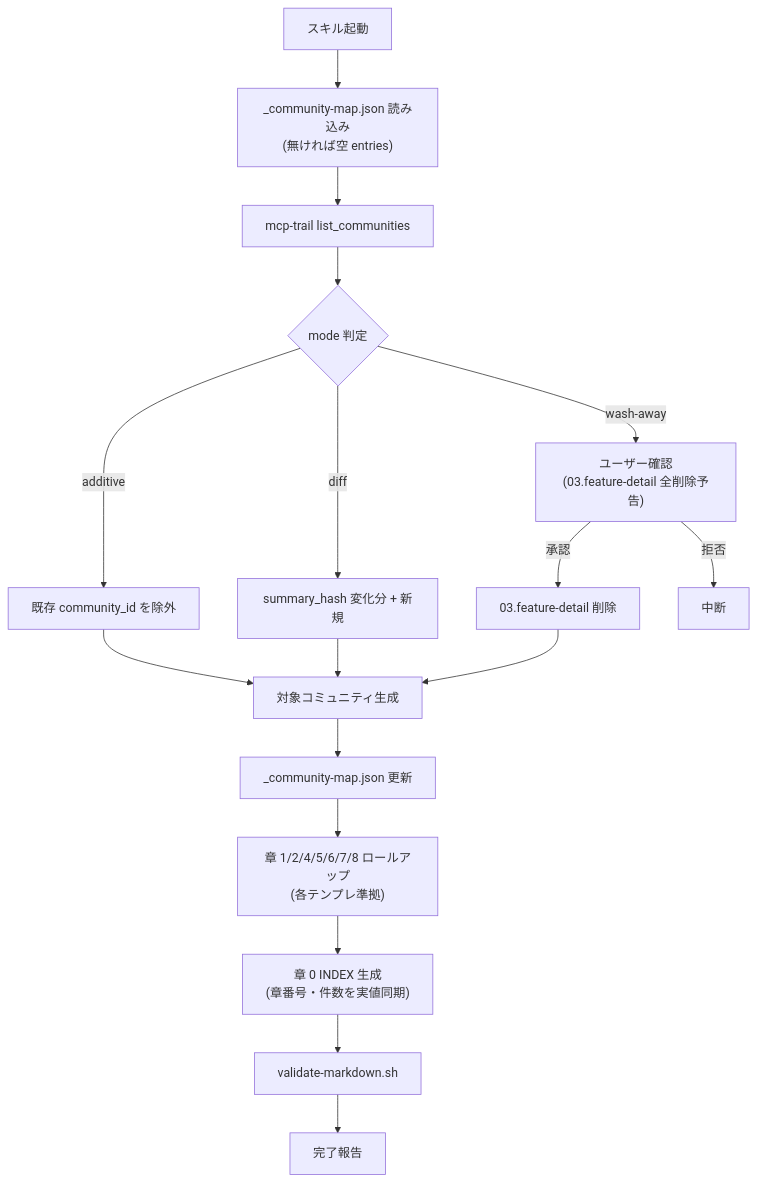
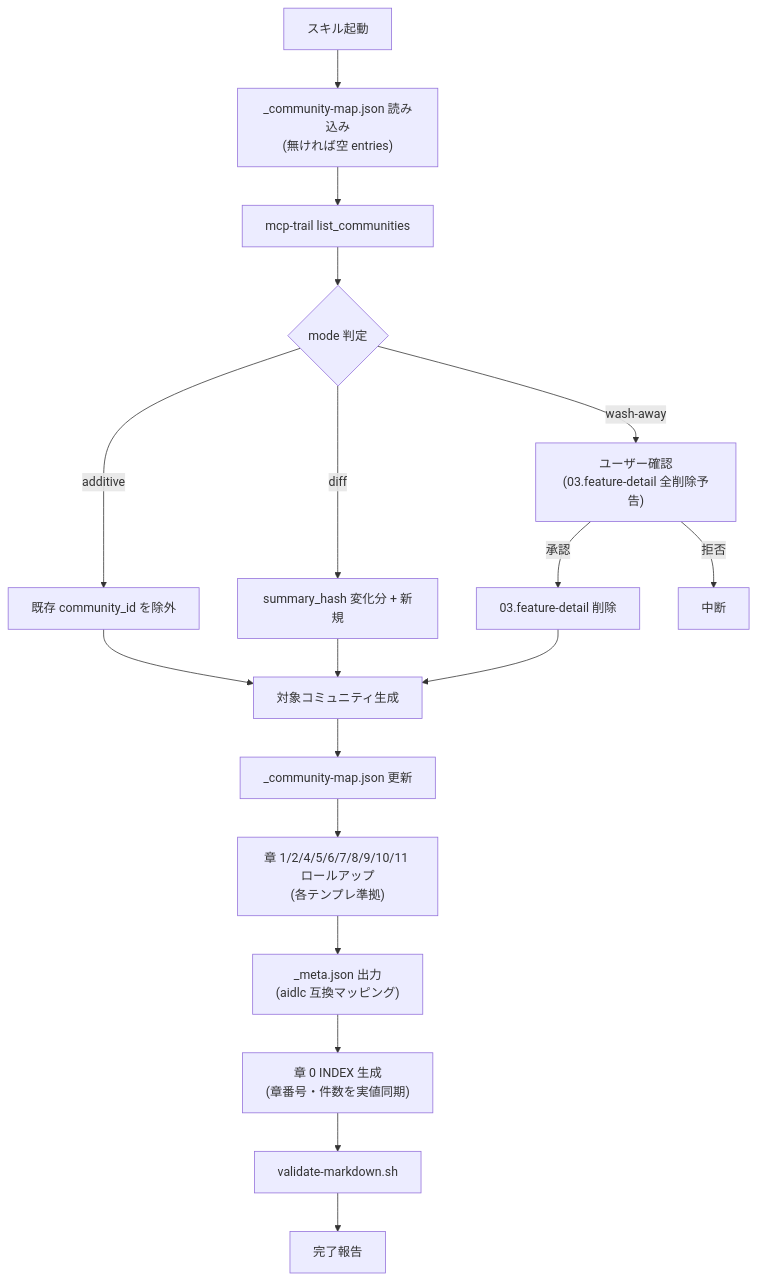
One commit to anytime-trial/anytime-markdown changed the diagram in packages/vscode-trail-extension/skills/anytime-reverse-spec/SKILL.md. Above: the diagram before and after it, drawn with Mermaid. The commit also changed other lines of this file and 4 other files, not shown here.

````diff
--- a/packages/vscode-trail-extension/skills/anytime-reverse-spec/SKILL.md
+++ b/packages/vscode-trail-extension/skills/anytime-reverse-spec/SKILL.md
@@ -778,19 +875,20 @@
 ```mermaid
 flowchart TD
     Start["スキル起動"] --> ReadMap["_community-map.json 読み込み<br/>(無ければ空 entries)"]
     ReadMap --> ListDB["mcp-trail list_communities"]
     ListDB --> ModeBranch{"mode 判定"}
     ModeBranch -- "additive" --> AddFilter["既存 community_id を除外"]
     ModeBranch -- "diff" --> DiffFilter["summary_hash 変化分 + 新規"]
     ModeBranch -- "wash-away" --> Confirm["ユーザー確認<br/>(03.feature-detail 全削除予告)"]
     Confirm -- "承認" --> Wipe["03.feature-detail 削除"]
     Confirm -- "拒否" --> End["中断"]
     AddFilter --> Generate["対象コミュニティ生成"]
     DiffFilter --> Generate
     Wipe --> Generate
     Generate --> UpdateMap["_community-map.json 更新"]
-    UpdateMap --> RollUp["章 1/2/4/5/6/7/8 ロールアップ<br/>(各テンプレ準拠)"]
-    RollUp --> Index["章 0 INDEX 生成<br/>(章番号・件数を実値同期)"]
+    UpdateMap --> RollUp["章 1/2/4/5/6/7/8/9/10/11 ロールアップ<br/>(各テンプレ準拠)"]
+    RollUp --> Meta["_meta.json 出力<br/>(aidlc 互換マッピング)"]
+    Meta --> Index["章 0 INDEX 生成<br/>(章番号・件数を実値同期)"]
     Index --> Validate["validate-markdown.sh"]
     Validate --> Done["完了報告"]
 ```
````
